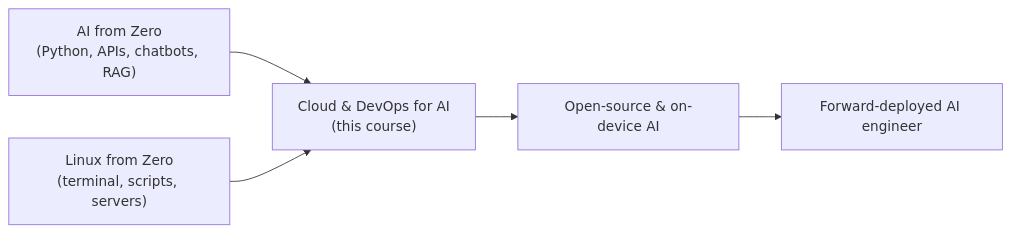
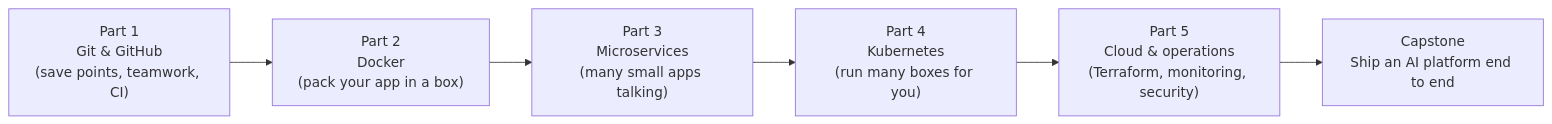
Before and after one commit to SVashishta1/Learning: the diagram in cloud-and-devops-for-ai/README.md, drawn with Mermaid. The commit also changed other lines of this file and 132 other files, not shown here.

First line of the commit message:
Linux and Cloud/DevOps as curated guides; FDE course Parts 1-2

````diff
--- a/cloud-and-devops-for-ai/README.md
+++ b/cloud-and-devops-for-ai/README.md
@@ -95,7 +20,8 @@
 ```mermaid
 flowchart LR
-    A["AI from Zero<br/>(Python, APIs, chatbots, RAG)"] --> C
-    B["Linux from Zero<br/>(terminal, scripts, servers)"] --> C
-    C["Cloud & DevOps for AI<br/>(this course)"] --> D["Open-source & on-device AI"]
-    D --> E["Forward-deployed AI engineer"]
+    G["Part 1<br/>Git & GitHub<br/>(save points, teamwork, CI)"] --> D["Part 2<br/>Docker<br/>(pack your app in a box)"]
+    D --> M["Part 3<br/>Microservices<br/>(many small apps talking)"]
+    M --> K["Part 4<br/>Kubernetes<br/>(run many boxes for you)"]
+    K --> C["Part 5<br/>Cloud & operations<br/>(Terraform, monitoring, security)"]
+    C --> X["Capstone<br/>Ship an AI platform end to end"]
 ```
````
